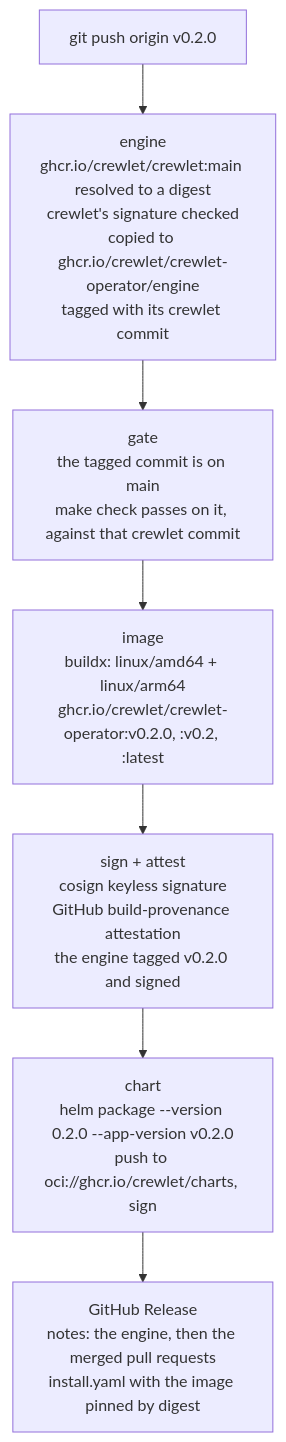
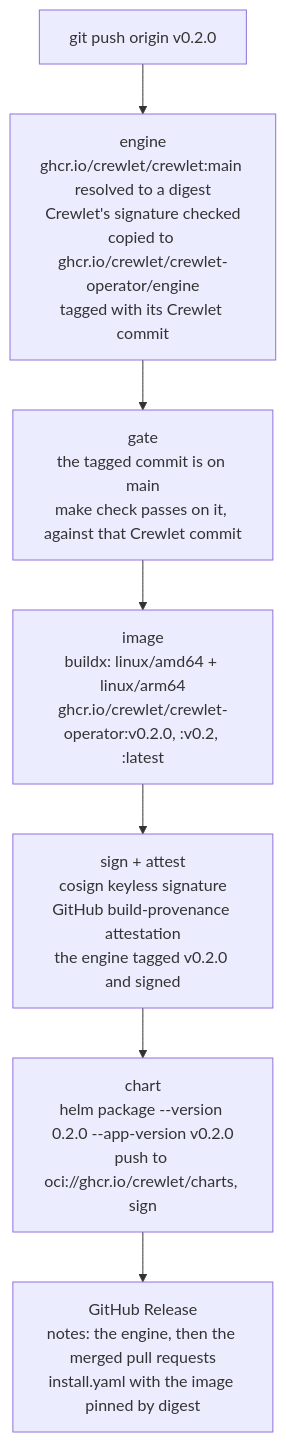
One commit to crewlet/crewlet-operator changed the diagram in RELEASING.md. Above: the diagram before and after it, drawn with Mermaid. The commit also changed other lines of this file and 23 other files, not shown here.

````diff
--- a/RELEASING.md
+++ b/RELEASING.md
@@ -16,10 +16,10 @@
 ```mermaid
 flowchart TD
     T["git push origin v0.2.0"] --> E
-    E["engine<br/>ghcr.io/crewlet/crewlet:main resolved to a digest<br/>crewlet's signature checked<br/>copied to ghcr.io/crewlet/crewlet-operator/engine<br/>tagged with its crewlet commit"] --> G
-    G["gate<br/>the tagged commit is on main<br/>make check passes on it, against that crewlet commit"] --> I
+    E["engine<br/>ghcr.io/crewlet/crewlet:main resolved to a digest<br/>Crewlet's signature checked<br/>copied to ghcr.io/crewlet/crewlet-operator/engine<br/>tagged with its Crewlet commit"] --> G
+    G["gate<br/>the tagged commit is on main<br/>make check passes on it, against that Crewlet commit"] --> I
     I["image<br/>buildx: linux/amd64 + linux/arm64<br/>ghcr.io/crewlet/crewlet-operator:v0.2.0, :v0.2, :latest"] --> S
     S["sign + attest<br/>cosign keyless signature<br/>GitHub build-provenance attestation<br/>the engine tagged v0.2.0 and signed"] --> C
     C["chart<br/>helm package --version 0.2.0 --app-version v0.2.0<br/>push to oci://ghcr.io/crewlet/charts, sign"] --> R
     R["GitHub Release<br/>notes: the engine, then the merged pull requests<br/>install.yaml with the image pinned by digest"]
 ```
````
